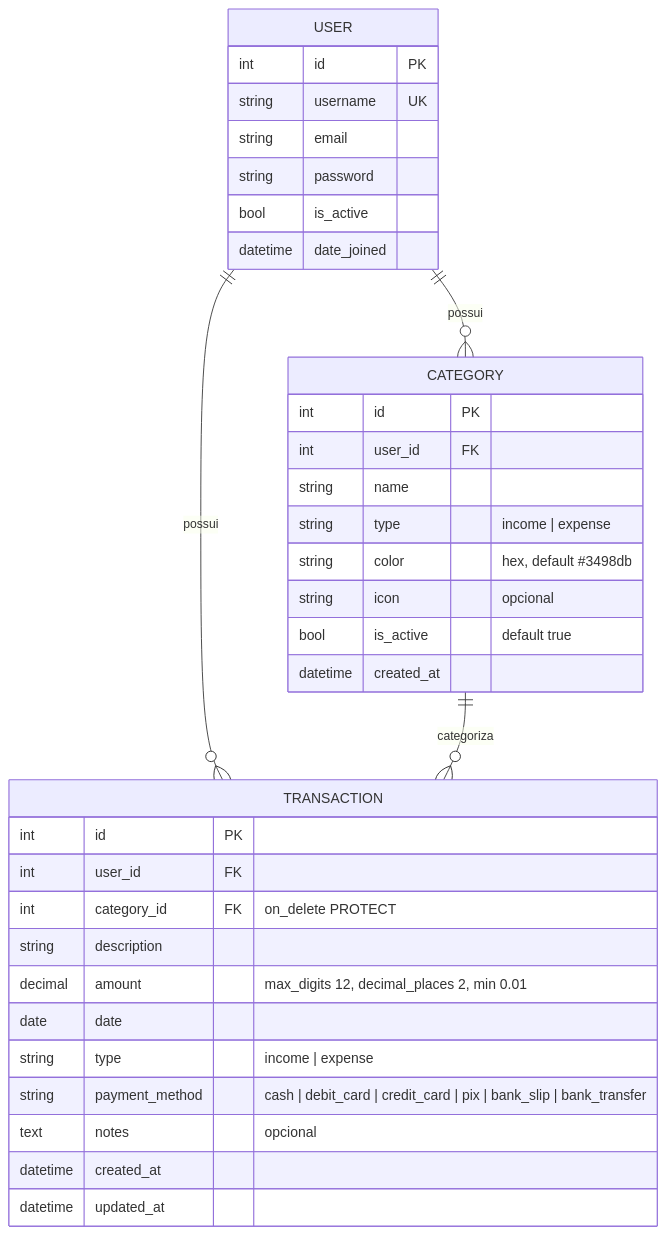
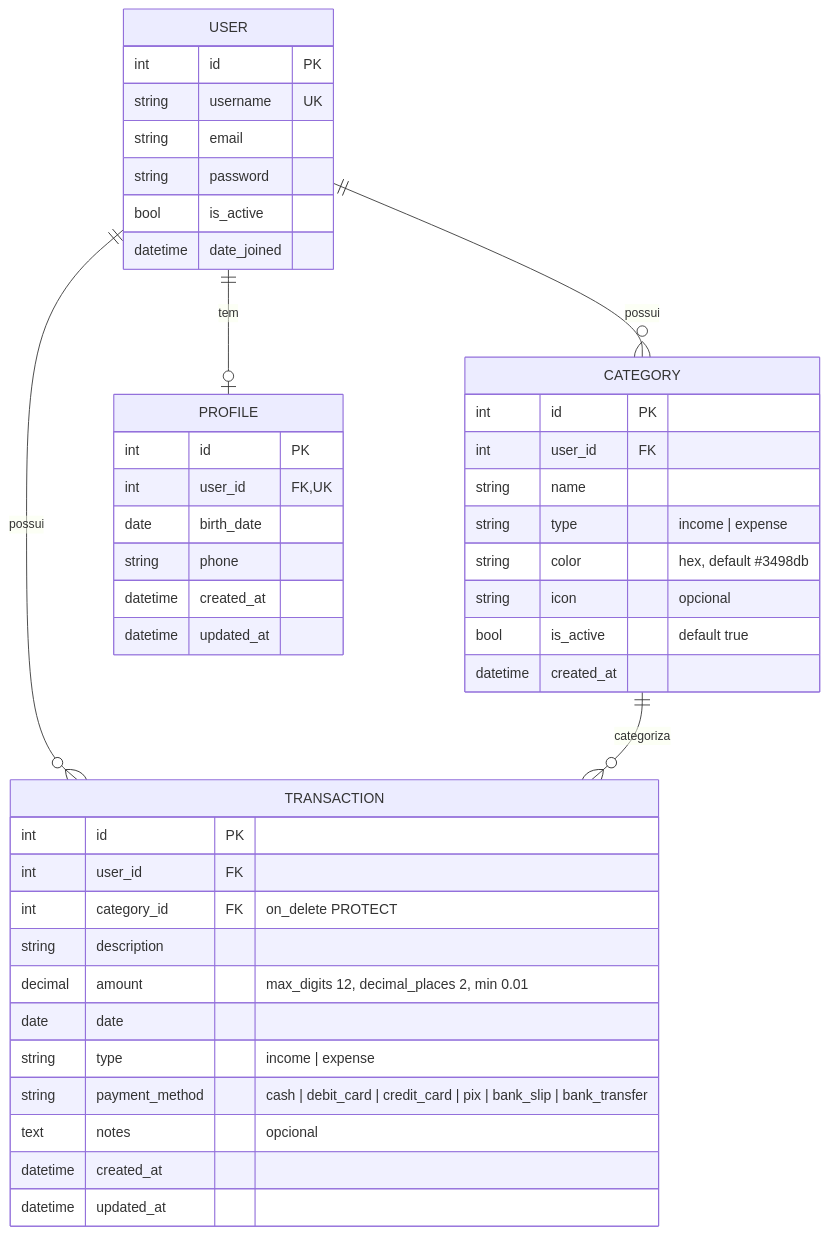
Before and after one commit to Jhonnyss3/emy: the third of 3 diagrams in PRD.md, drawn with Mermaid. The commit also changed other lines of this file and 18 other files, not shown here.

````diff
--- a/PRD.md
+++ b/PRD.md
@@ -303,40 +322,50 @@
 ```mermaid
 erDiagram
     USER ||--o{ CATEGORY : "possui"
     USER ||--o{ TRANSACTION : "possui"
+    USER ||--o| PROFILE : "tem"
     CATEGORY ||--o{ TRANSACTION : "categoriza"
 
     USER {
         int id PK
         string username UK
         string email
         string password
         bool is_active
         datetime date_joined
+    }
+
+    PROFILE {
+        int id PK
+        int user_id FK,UK
+        date birth_date
+        string phone
+        datetime created_at
+        datetime updated_at
     }
 
     CATEGORY {
         int id PK
         int user_id FK
         string name
         string type "income | expense"
         string color "hex, default #3498db"
         string icon "opcional"
         bool is_active "default true"
         datetime created_at
     }
 
     TRANSACTION {
         int id PK
         int user_id FK
         int category_id FK "on_delete PROTECT"
         string description
         decimal amount "max_digits 12, decimal_places 2, min 0.01"
         date date
         string type "income | expense"
         string payment_method "cash | debit_card | credit_card | pix | bank_slip | bank_transfer"
         text notes "opcional"
         datetime created_at
         datetime updated_at
     }
 ```
````
